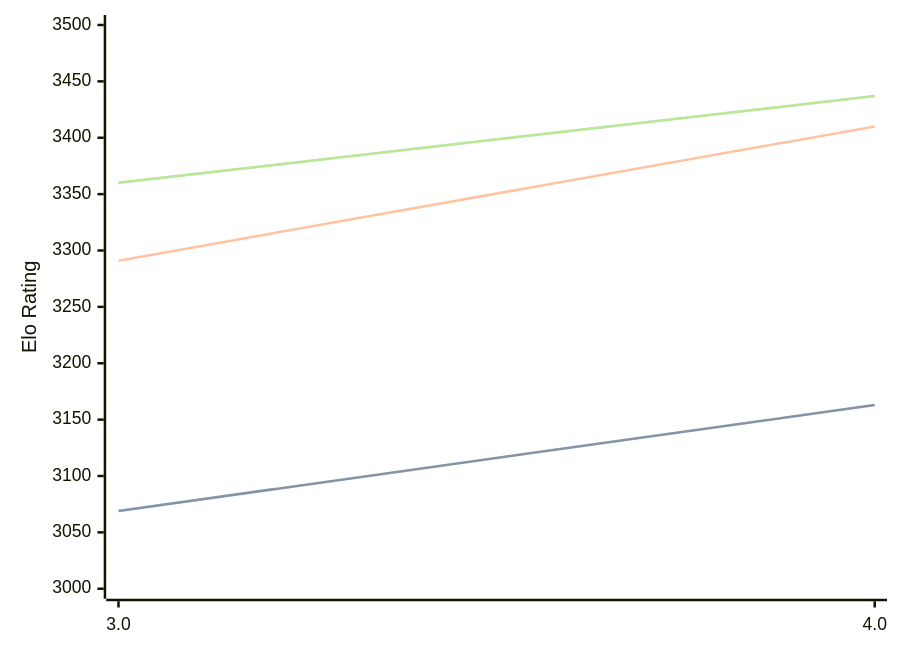
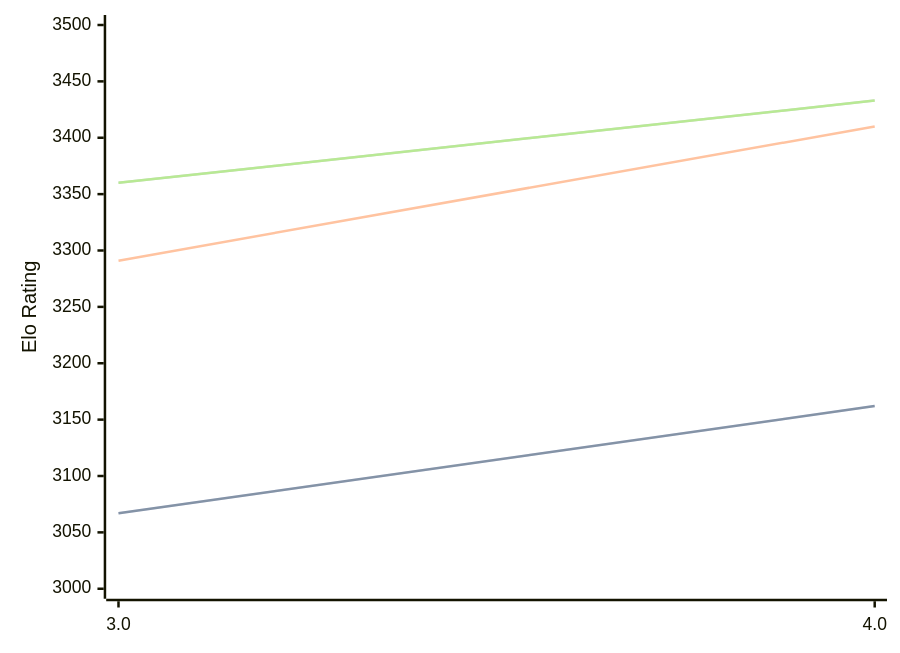
One commit to computer-chess-index/cci changed the diagram in engines/Eleanor.md. Above: the diagram before and after it, drawn with Mermaid. The commit also changed other lines of this file, not shown here.

Commit message:
Update CCI Ratings (ELO VLTC) - 2026-04-21

````diff
--- a/engines/Eleanor.md
+++ b/engines/Eleanor.md
@@ -34,11 +34,11 @@
 ```mermaid
 %%{init: {"theme":"base","themeVariables":{"seriesColors:['#a3a3a3','#222221','#faa371']}}}%%
 xychart-beta
   x-axis ["3.0", "4.0"]
   y-axis "Elo Rating" 3000 --> 3500
-  line "STC (8.0+0.08s)" [3069, 3163]
-  line "STC (8.0+0.08s)" [3069, 3163]
+  line "STC (8.0+0.08s)" [3067, 3162]
+  line "STC (8.0+0.08s)" [3067, 3162]
   line "LTC (60.0+0.60s)" [3291, 3410]
-  line "VLTC (2m24s+1.12s)" [3360, 3437]
-  line "VLTC (2m24s+1.12s)" [3360, 3437]
+  line "VLTC (2m24s+1.12s)" [3360, 3433]
+  line "VLTC (2m24s+1.12s)" [3360, 3433]
 ```
````
